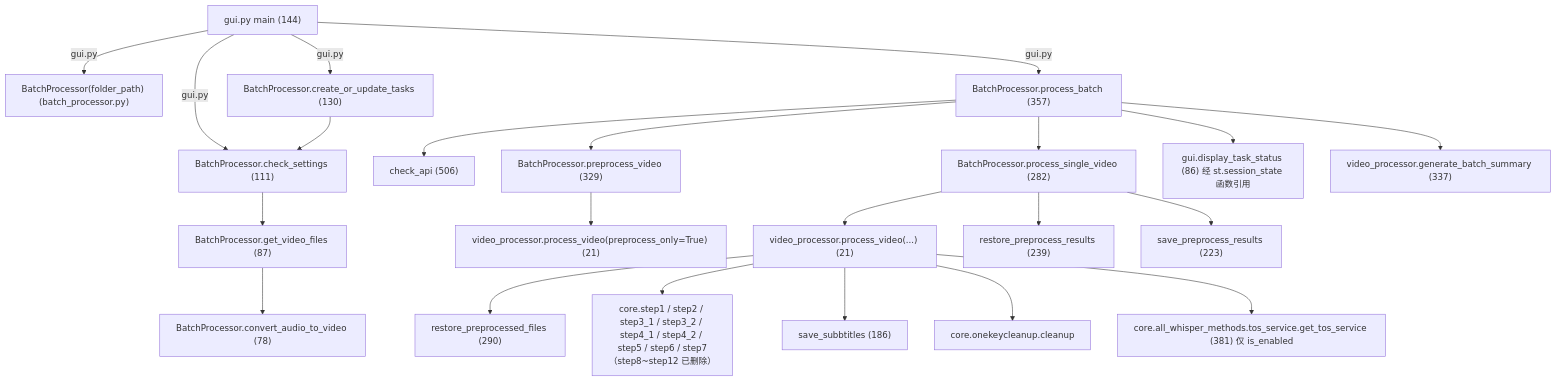
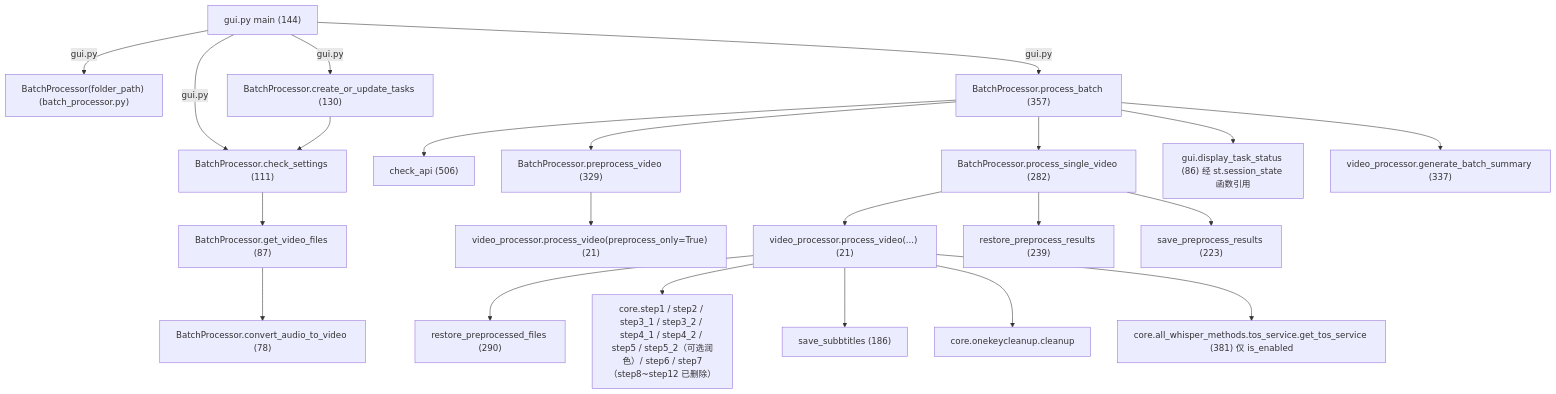
The first of 2 diagrams in devdocs/04-interfaces/03-批处理任务系统.md (Brzjomo/VideoLingoMove), drawn with Mermaid before and after one commit. The commit also changed other lines of this file and 12 other files, not shown here.

````diff
--- a/devdocs/04-interfaces/03-批处理任务系统.md
+++ b/devdocs/04-interfaces/03-批处理任务系统.md
@@ -57,24 +57,24 @@
 ```mermaid
 flowchart TD
  G["gui.py main (144)"] -->|"gui.py"| BPnew["BatchProcessor(folder_path) (batch_processor.py)"]
  G -->|"gui.py"| CS["BatchProcessor.check_settings (111)"]
  G -->|"gui.py"| COT["BatchProcessor.create_or_update_tasks (130)"]
  G -->|"gui.py"| PB["BatchProcessor.process_batch (357)"]
  COT --> CS
  CS --> GVF["BatchProcessor.get_video_files (87)"]
  GVF --> CAV["BatchProcessor.convert_audio_to_video (78)"]
  PB --> API1["check_api (506)"]
  PB --> PSV["BatchProcessor.process_single_video (282)"]
  PB --> SPR["BatchProcessor.preprocess_video (329)"]
  PB --> DTS["gui.display_task_status (86) 经 st.session_state 函数引用"]
  SPR --> PV["video_processor.process_video(preprocess_only=True) (21)"]
  PSV --> PV2["video_processor.process_video(...) (21)"]
  PSV --> SPRES["restore_preprocess_results (239)"]
  PSV --> SSAVE["save_preprocess_results (223)"]
  PV2 --> REST["restore_preprocessed_files (290)"]
- PV2 --> STEPS["core.step1 / step2 / step3_1 / step3_2 / step4_1 / step4_2 / step5 / step6 / step7（step8~step12 已删除）"]
+ PV2 --> STEPS["core.step1 / step2 / step3_1 / step3_2 / step4_1 / step4_2 / step5 / step5_2（可选润色）/ step6 / step7（step8~step12 已删除）"]
  PV2 --> SS["save_subbtitles (186)"]
  PV2 --> CLN["core.onekeycleanup.cleanup"]
  PV2 --> TOS["core.all_whisper_methods.tos_service.get_tos_service (381) 仅 is_enabled"]
  PB --> SUM["video_processor.generate_batch_summary (337)"]
 ```
````
